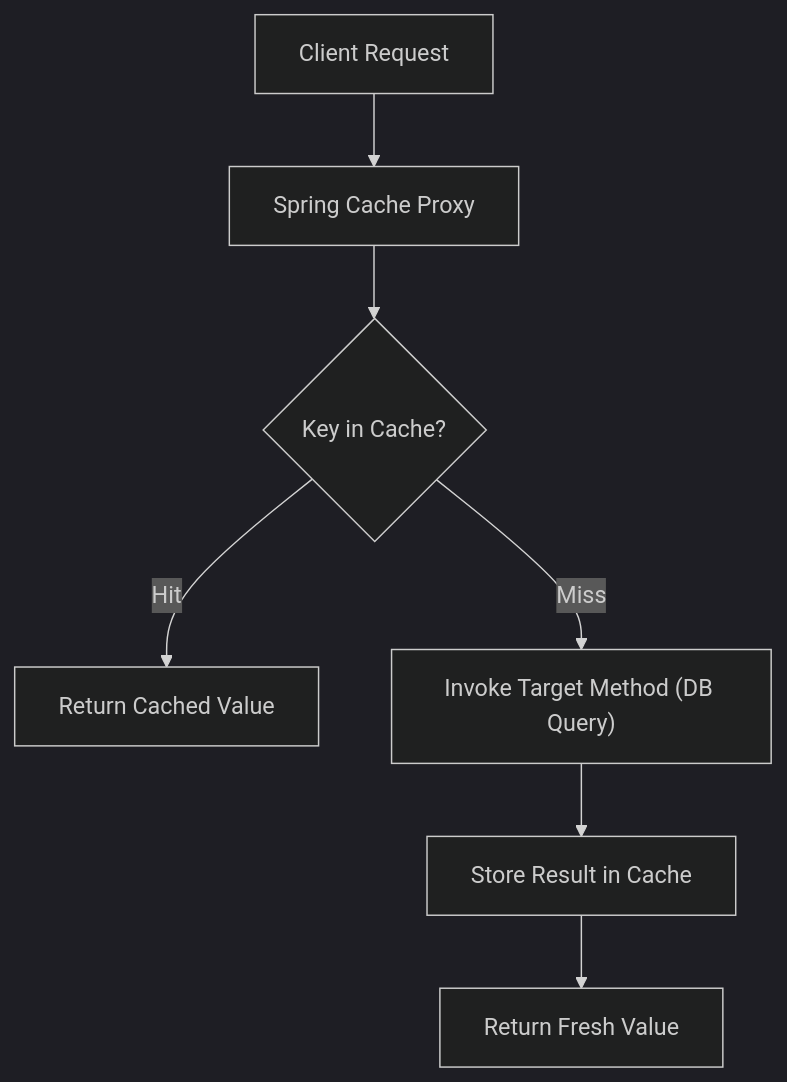
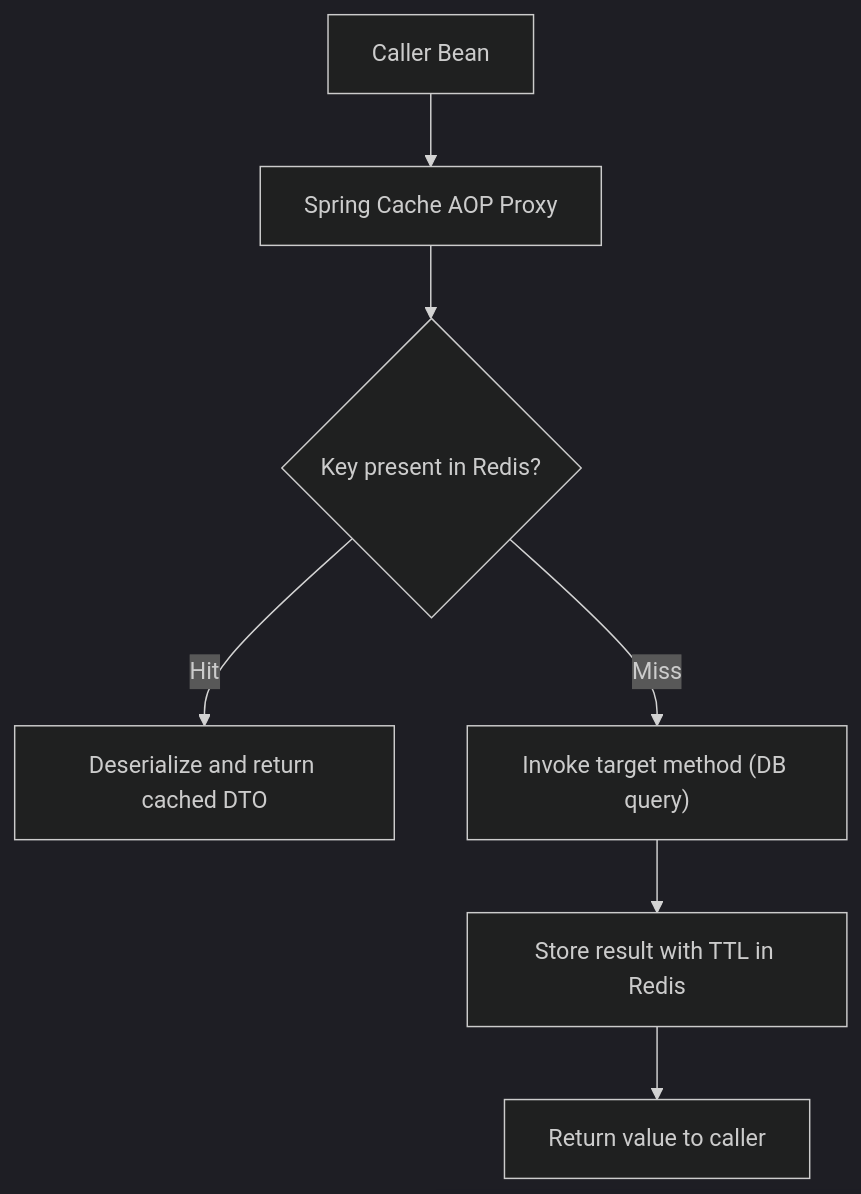
One commit to ravishankar2463/java_hub changed the third of 4 diagrams in content/roadmap/level-8/spring-events-caching-scheduling.md. Above: the diagram before and after it, drawn with Mermaid (dark theme). The commit also changed other lines of this file and 119 other files, not shown here.

Commit message:
feat: add comprehensive java learning roadmap content across multiple levels

````diff
--- a/content/roadmap/level-8/spring-events-caching-scheduling.md
+++ b/content/roadmap/level-8/spring-events-caching-scheduling.md
@@ -145,9 +177,9 @@
 ```mermaid
 flowchart TD
-    Client["Client Request"] --> CacheProxy["Spring Cache Proxy"]
-    CacheProxy --> Check{"Key in Cache?"}
-    Check -->|Hit| ReturnCached["Return Cached Value"]
-    Check -->|Miss| InvokeMethod["Invoke Target Method (DB Query)"]
-    InvokeMethod --> Store["Store Result in Cache"]
-    Store --> ReturnNew["Return Fresh Value"]
+    Caller["Caller Bean"] --> Proxy["Spring Cache AOP Proxy"]
+    Proxy --> Lookup{"Key present in Redis?"}
+    Lookup -->|"Hit"| Hit["Deserialize and return cached DTO"]
+    Lookup -->|"Miss"| Invoke["Invoke target method (DB query)"]
+    Invoke --> Store["Store result with TTL in Redis"]
+    Store --> Return["Return value to caller"]
 ```
````
